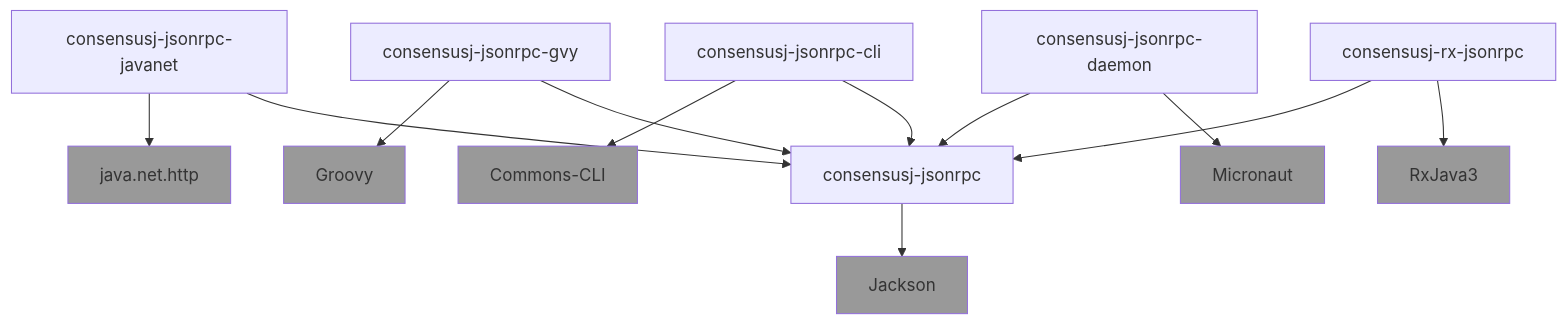
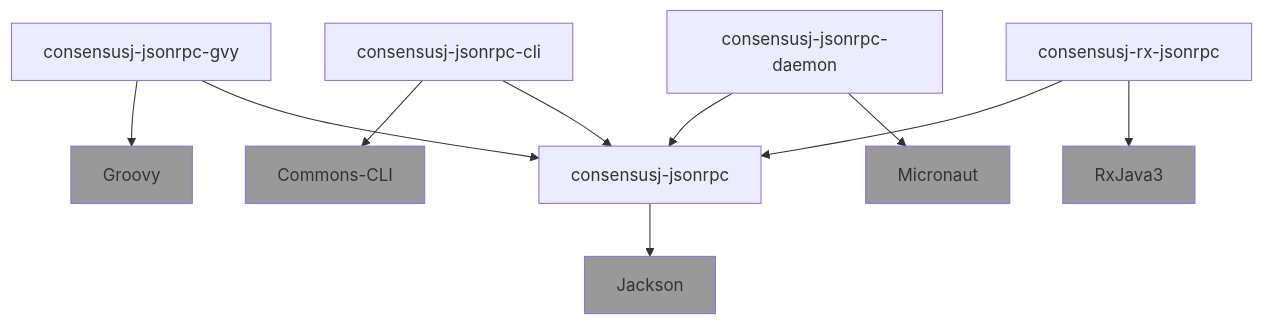
Before and after one commit to ConsensusJ/consensusj: the second of 2 diagrams in doc/consensusj-user-guide.adoc, drawn with Mermaid. The commit also changed 6 other files, not shown here.

First line of the commit message:
Move java.net.http JSON-RPC client to consensusj-jsonrpc

```diff
--- a/doc/consensusj-user-guide.adoc
+++ b/doc/consensusj-user-guide.adoc
@@ -58,24 +58,21 @@
 [mermaid]
 ----
 flowchart TD
     consensusj-jsonrpc --> Jackson
-    consensusj-jsonrpc-javanet --> java.net.http
-    consensusj-jsonrpc-javanet --> consensusj-jsonrpc
     consensusj-jsonrpc-gvy --> Groovy
     consensusj-jsonrpc-gvy --> consensusj-jsonrpc
     consensusj-jsonrpc-cli --> Commons-CLI
     consensusj-jsonrpc-cli --> consensusj-jsonrpc
     consensusj-jsonrpc-daemon --> consensusj-jsonrpc
     consensusj-jsonrpc-daemon --> Micronaut
     consensusj-rx-jsonrpc --> consensusj-jsonrpc
     consensusj-rx-jsonrpc --> RxJava3
 
 classDef external fill:#999;
-class java.net.http external;
 class Jackson external;
 class Groovy external;
 class Commons-CLI external;
 class Micronaut external;
 class RxJava3 external;
 class JeroMQ external;
 ----
```
